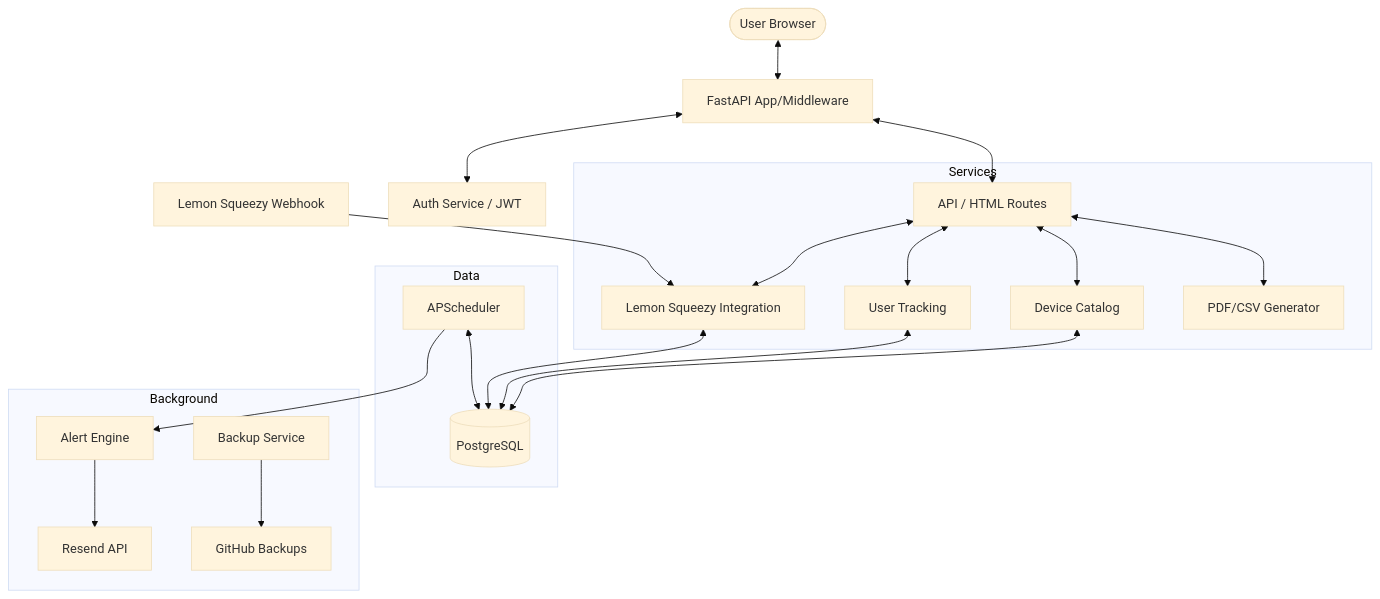
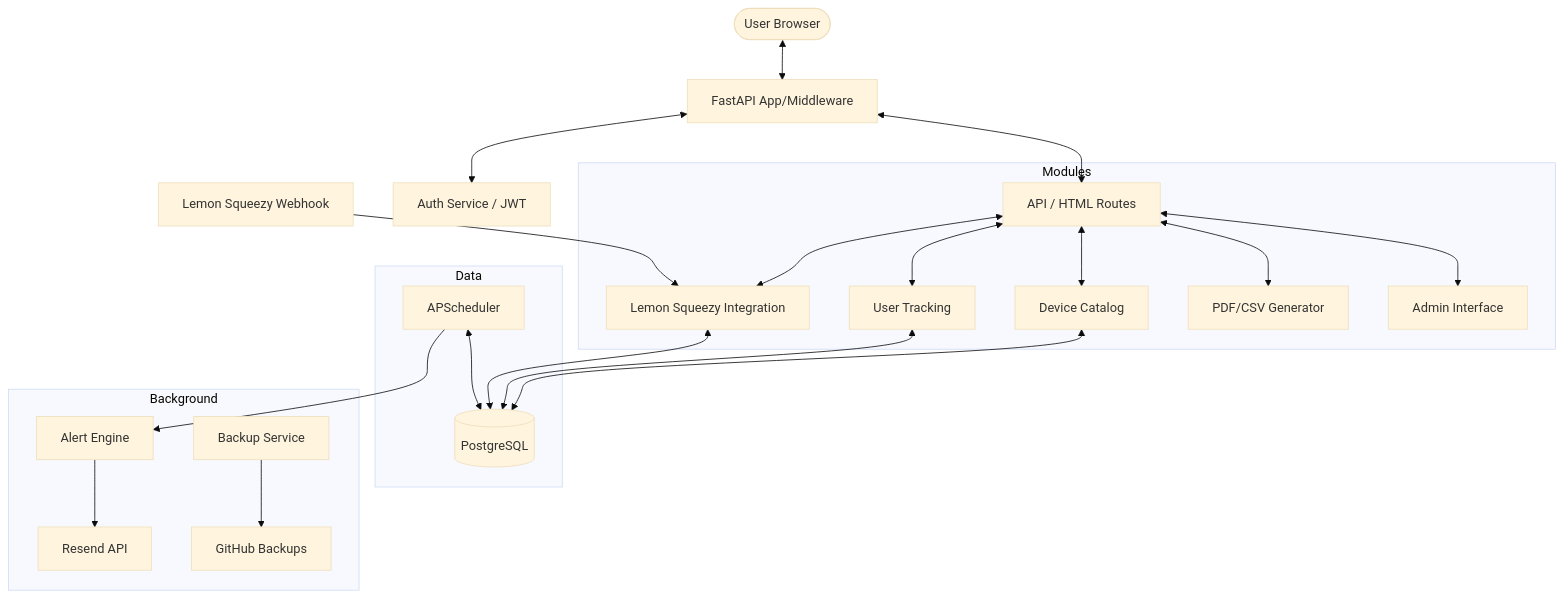
One commit to tahirahmad23/eostracker changed the diagram in COMPREHENSIVE_DOCUMENTATION.md. Above: the diagram before and after it, drawn with Mermaid (base theme). The commit also changed other lines of this file, not shown here.

````diff
--- a/COMPREHENSIVE_DOCUMENTATION.md
+++ b/COMPREHENSIVE_DOCUMENTATION.md
@@ -40,28 +40,29 @@
 ```mermaid
 graph TD
     User([User Browser]) <--> WebProxy[FastAPI App/Middleware]
     WebProxy <--> Auth[Auth Service / JWT]
     WebProxy <--> Routes[API / HTML Routes]
     
-    subgraph Services
+    subgraph Modules
         Routes <--> DeviceService[Device Catalog]
         Routes <--> TrackingService[User Tracking]
         Routes <--> SubscriptionService[Lemon Squeezy Integration]
         Routes <--> ReportService[PDF/CSV Generator]
+        Routes <--> AdminService[Admin Interface]
     end
     
     subgraph Data
         DeviceService <--> DB[(PostgreSQL)]
         TrackingService <--> DB
         SubscriptionService <--> DB
         Scheduler[APScheduler] <--> DB
     end
     
     subgraph Background
         Scheduler --> AlertService[Alert Engine]
         AlertService --> EmailWorker[Resend API]
         BackupWorker[Backup Service] --> GitHub[GitHub Backups]
     end
     
     Webhook[Lemon Squeezy Webhook] --> SubscriptionService
 ```
````
